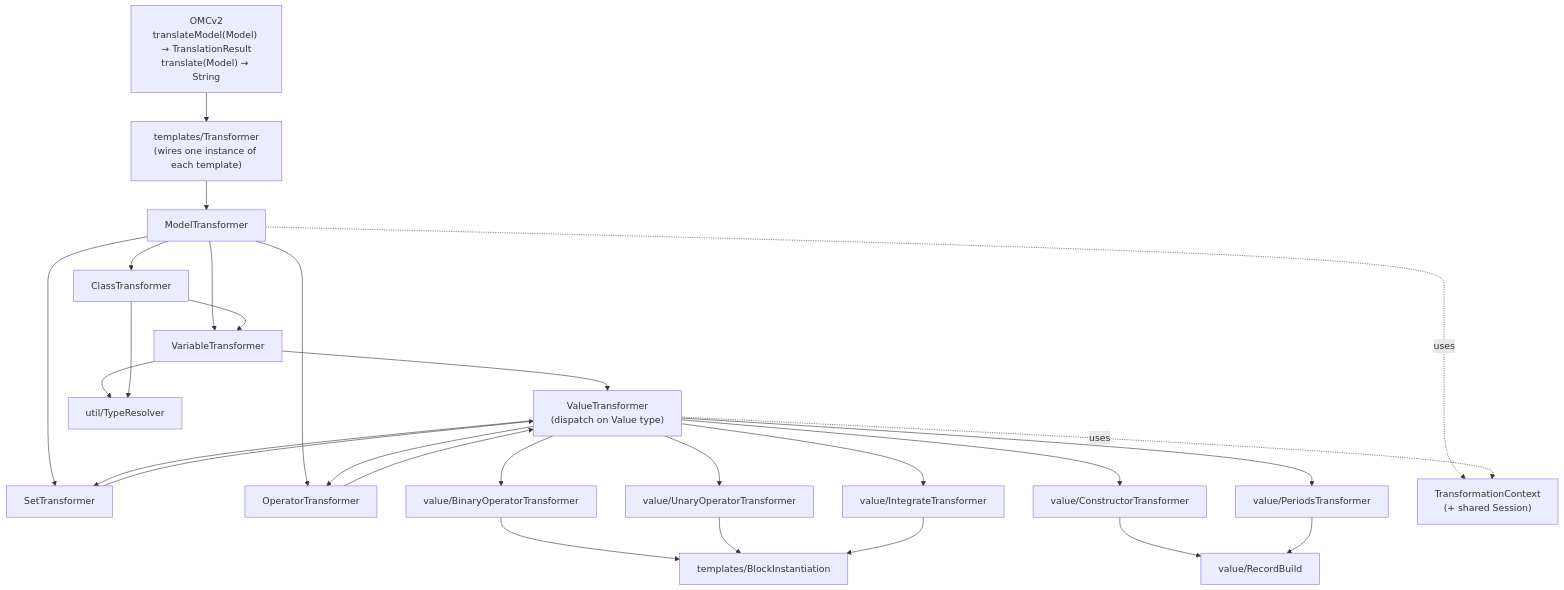
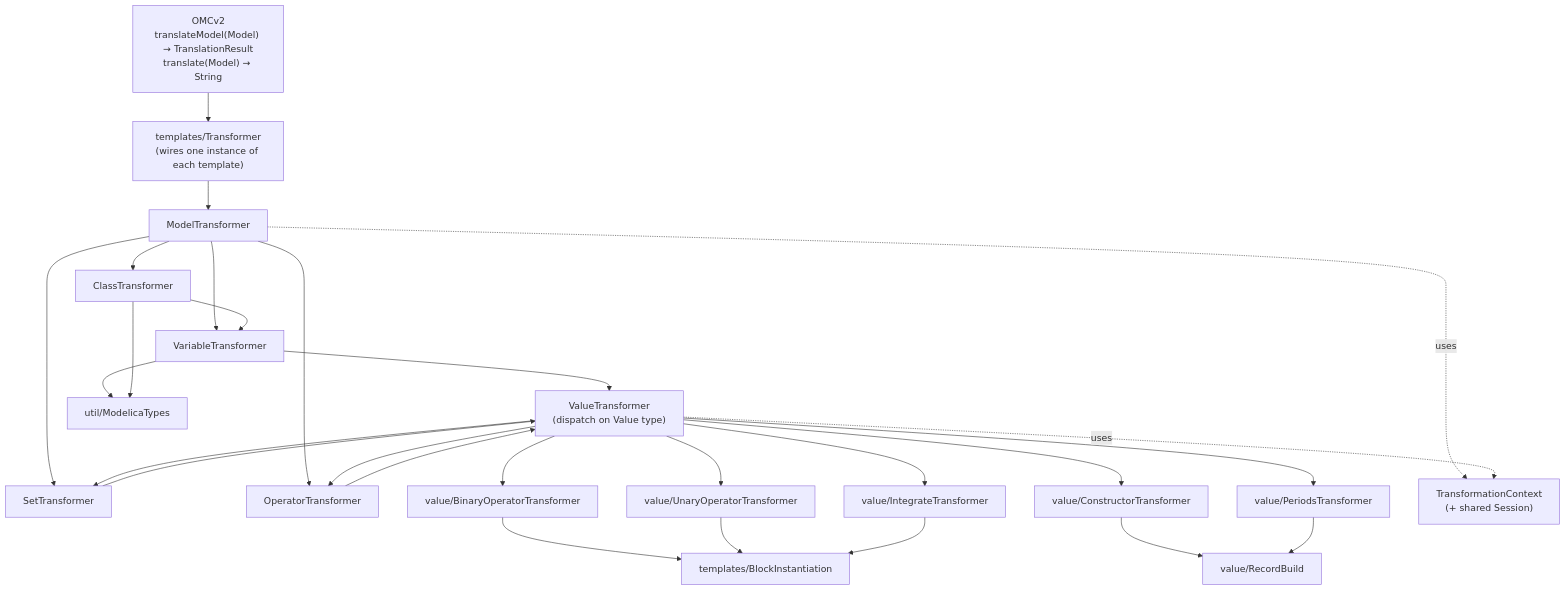
Before and after one commit to OpenModelica/CRML: diagram 13 of 19 in documentation/design/developer-guide.md, drawn with Mermaid. The commit also changed other lines of this file and 56 other files, not shown here.

````diff
--- a/documentation/design/developer-guide.md
+++ b/documentation/design/developer-guide.md
@@ -649,46 +667,46 @@
 ```mermaid
 graph TD
     OMCv2["OMCv2<br/>translateModel(Model) → TranslationResult<br/>translate(Model) → String"]
     T["templates/Transformer<br/>(wires one instance of each template)"]
     MT["ModelTransformer"]
     CT["ClassTransformer"]
     VT["VariableTransformer"]
     ST["SetTransformer"]
     OT["OperatorTransformer"]
     VAL["ValueTransformer<br/>(dispatch on Value type)"]
     BIN["value/BinaryOperatorTransformer"]
     UN["value/UnaryOperatorTransformer"]
     CON["value/ConstructorTransformer"]
     PER["value/PeriodsTransformer"]
     INT["value/IntegrateTransformer"]
     RB["value/RecordBuild"]
     BI["templates/BlockInstantiation"]
-    TRs["util/TypeResolver"]
+    TRs["util/ModelicaTypes"]
     CTX["TransformationContext<br/>(+ shared Session)"]
 
     OMCv2 --> T --> MT
     MT --> CT
     MT --> VT
     MT --> ST
     MT --> OT
     CT --> VT
     VT --> VAL
     ST --> VAL
     OT --> VAL
     VAL --> BIN
     VAL --> UN
     VAL --> CON
     VAL --> PER
     VAL --> INT
     VAL --> ST
     VAL --> OT
     CON --> RB
     PER --> RB
     BIN --> BI
     UN --> BI
     INT --> BI
     VT --> TRs
     CT --> TRs
     MT -. uses .-> CTX
     VAL -. uses .-> CTX
 ```
````
